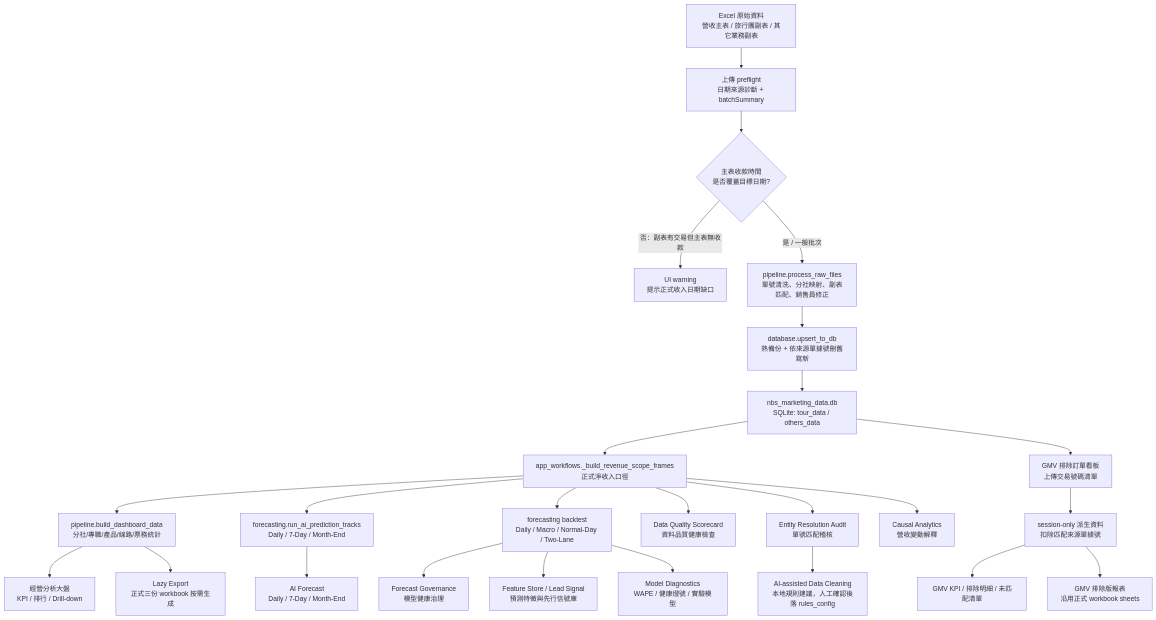
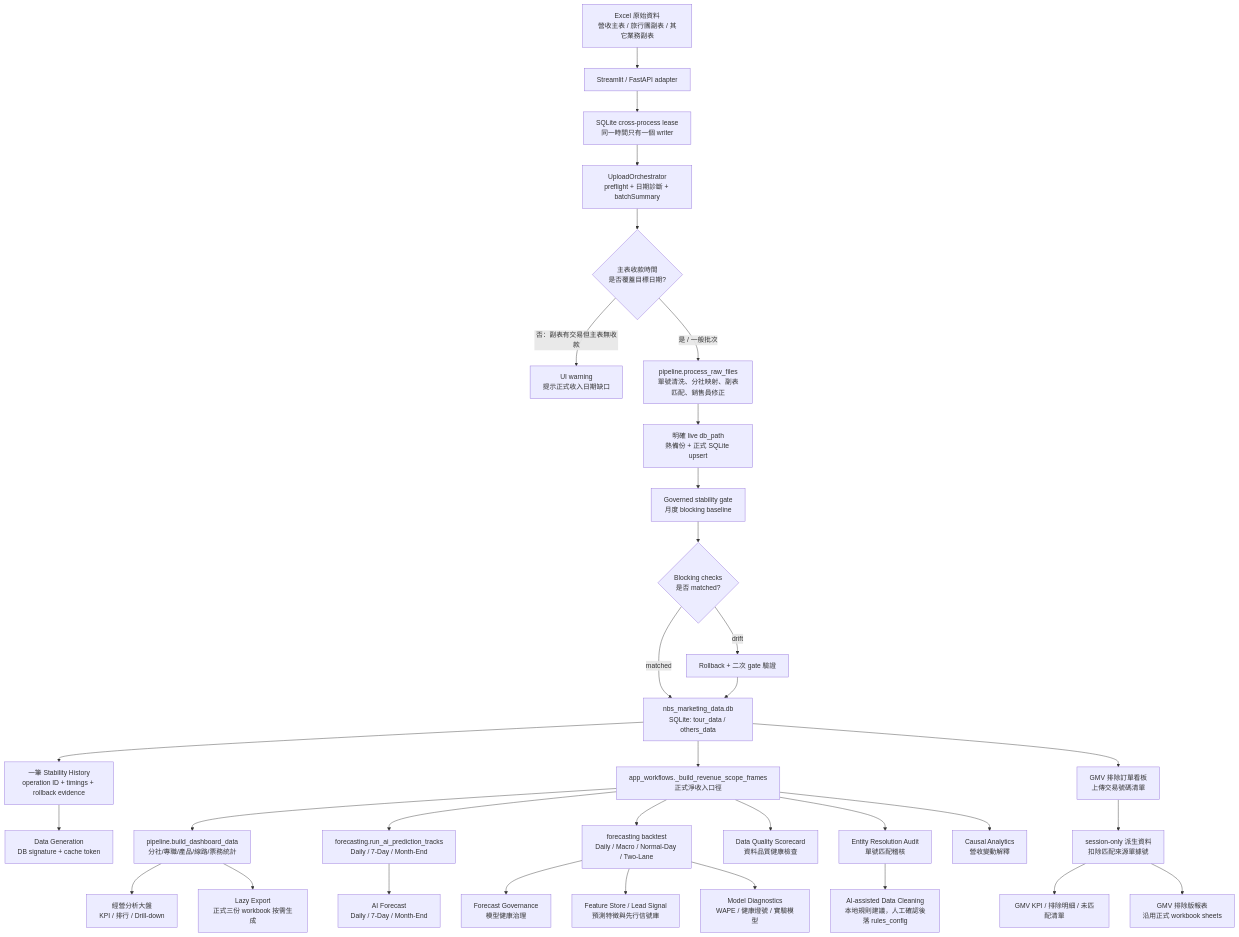
Before and after one commit to waitungchan-oss/nbs_analytics: the diagram in NBS_ANALYTICS_SYSTEM_MAP.md, drawn with Mermaid. The commit also changed other lines of this file, not shown here.

Commit message:
docs: refresh nbs analytics system map

````diff
--- a/NBS_ANALYTICS_SYSTEM_MAP.md
+++ b/NBS_ANALYTICS_SYSTEM_MAP.md
@@ -36,28 +43,36 @@
 ```mermaid
 flowchart TD
-    A["Excel 原始資料\n營收主表 / 旅行團副表 / 其它業務副表"] --> B["上傳 preflight\n日期來源診斷 + batchSummary"]
+    A["Excel 原始資料\n營收主表 / 旅行團副表 / 其它業務副表"] --> A1["Streamlit / FastAPI adapter"]
+    A1 --> A2["SQLite cross-process lease\n同一時間只有一個 writer"]
+    A2 --> B["UploadOrchestrator\npreflight + 日期診斷 + batchSummary"]
     B --> C{"主表收款時間\n是否覆蓋目標日期?"}
     C -- "否：副表有交易但主表無收款" --> W["UI warning\n提示正式收入日期缺口"]
     C -- "是 / 一般批次" --> D["pipeline.process_raw_files\n單號清洗、分社映射、副表匹配、銷售員修正"]
-    D --> E["database.upsert_to_db\n熱備份 + 依來源單據號刪舊寫新"]
-    E --> F["nbs_marketing_data.db\nSQLite: tour_data / others_data"]
+    D --> E["明確 live db_path\n熱備份 + 正式 SQLite upsert"]
+    E --> E1["Governed stability gate\n月度 blocking baseline"]
+    E1 --> E2{"Blocking checks\n是否 matched?"}
+    E2 -- "drift" --> E3["Rollback + 二次 gate 驗證"]
+    E2 -- "matched" --> F["nbs_marketing_data.db\nSQLite: tour_data / others_data"]
+    E3 --> F
+    F --> F1["一筆 Stability History\noperation ID + timings + rollback evidence"]
+    F1 --> F2["Data Generation\nDB signature + cache token"]
     F --> G["app_workflows._build_revenue_scope_frames\n正式淨收入口徑"]
     G --> H["pipeline.build_dashboard_data\n分社/專職/產品/線路/票務統計"]
     G --> I["forecasting.run_ai_prediction_tracks\nDaily / 7-Day / Month-End"]
     G --> J["forecasting backtest\nDaily / Macro / Normal-Day / Two-Lane"]
     G --> S["Data Quality Scorecard\n資料品質健康檢查"]
     G --> T["Entity Resolution Audit\n單號匹配稽核"]
     G --> U["Causal Analytics\n營收變動解釋"]
     J --> V["Forecast Governance\n模型健康治理"]
     J --> X["Feature Store / Lead Signal\n預測特徵與先行信號庫"]
     H --> K["經營分析大盤\nKPI / 排行 / Drill-down"]
     I --> L["AI Forecast\nDaily / 7-Day / Month-End"]
     J --> M["Model Diagnostics\nWAPE / 健康燈號 / 實驗模型"]
     H --> N["Lazy Export\n正式三份 workbook 按需生成"]
     T --> Y["AI-assisted Data Cleaning\n本地規則建議，人工確認後落 rules_config"]
 
     F --> O["GMV 排除訂單看板\n上傳交易號碼清單"]
     O --> P["session-only 派生資料\n扣除匹配來源單據號"]
     P --> Q["GMV KPI / 排除明細 / 未匹配清單"]
     P --> R["GMV 排除版報表\n沿用正式 workbook sheets"]
 ```
````
